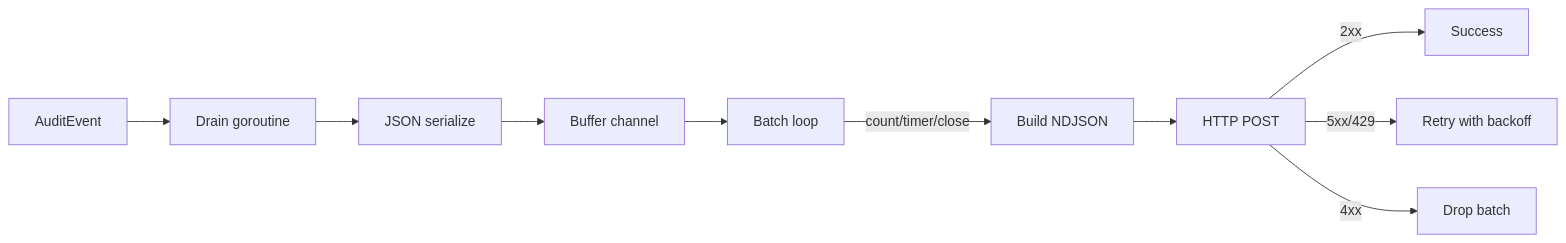
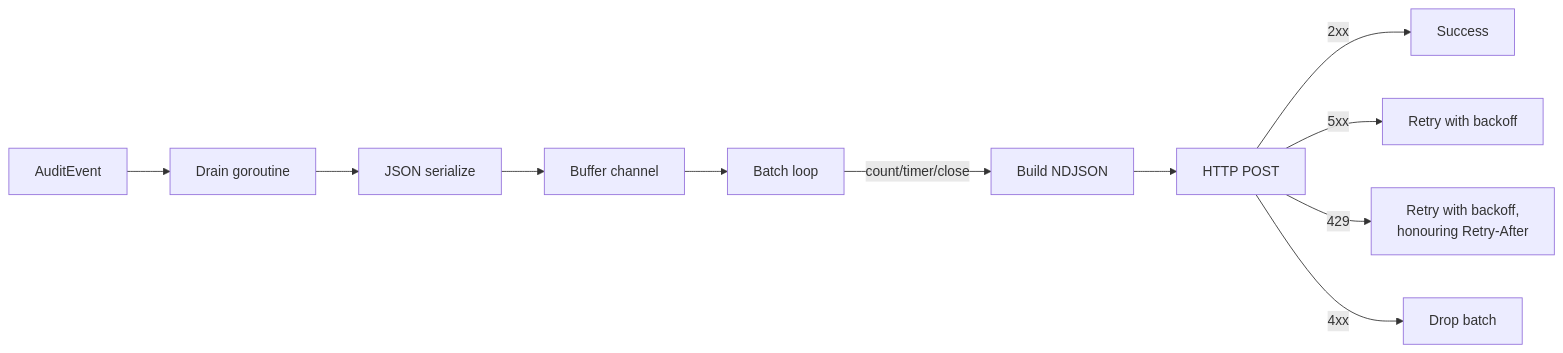
One commit to axonops/go-audit changed the first of 2 diagrams in docs/webhook-output.md. Above: the diagram before and after it, drawn with Mermaid. The commit also changed other lines of this file and 5 other files, not shown here.

````diff
--- a/docs/webhook-output.md
+++ b/docs/webhook-output.md
@@ -67,12 +67,13 @@
 ```mermaid
 flowchart LR
     A[AuditEvent] --> B[Drain goroutine]
     B --> C[JSON serialize]
     C --> D[Buffer channel]
     D --> E[Batch loop]
     E -->|count/timer/close| F[Build NDJSON]
     F --> G[HTTP POST]
     G -->|2xx| H[Success]
-    G -->|5xx/429| I[Retry with backoff]
+    G -->|5xx| I[Retry with backoff]
+    G -->|429| K[Retry with backoff,<br/>honouring Retry-After]
     G -->|4xx| J[Drop batch]
 ```
````
